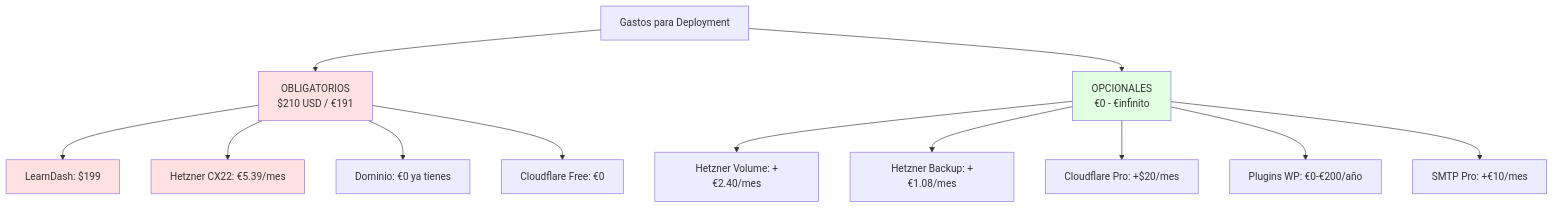
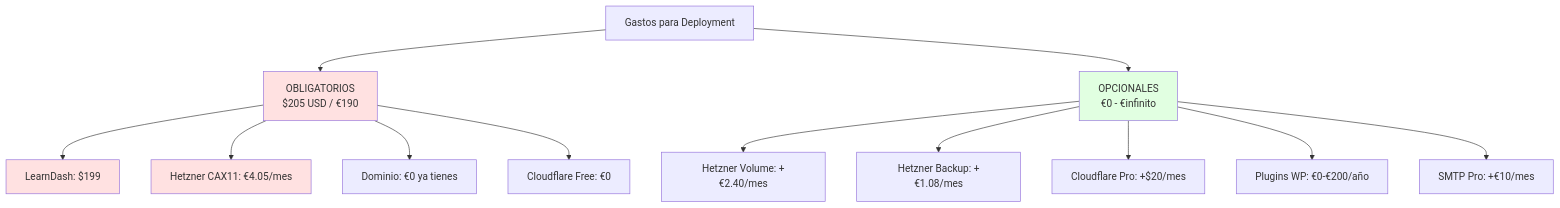
The seventh of 25 diagrams in docs/guides/DEPLOYMENT_GUIDE.md (malpanez/hetzner-secure-infrastructure), drawn with Mermaid before and after one commit. The commit also changed other lines of this file and 38 other files, not shown here.

````diff
--- a/docs/guides/DEPLOYMENT_GUIDE.md
+++ b/docs/guides/DEPLOYMENT_GUIDE.md
@@ -383,21 +383,21 @@
 ```mermaid
 flowchart TD
-    A[Gastos para Deployment] --> B[OBLIGATORIOS<br/>$210 USD / €191]
+    A[Gastos para Deployment] --> B[OBLIGATORIOS<br/>$205 USD / €190]
     A --> C[OPCIONALES<br/>€0 - €infinito]
 
     B --> B1[LearnDash: $199]
-    B --> B2[Hetzner CX22: €5.39/mes]
+    B --> B2[Hetzner CAX11: €4.05/mes]
     B --> B3[Dominio: €0 ya tienes]
     B --> B4[Cloudflare Free: €0]
 
     C --> C1[Hetzner Volume: +€2.40/mes]
     C --> C2[Hetzner Backup: +€1.08/mes]
     C --> C3[Cloudflare Pro: +$20/mes]
     C --> C4[Plugins WP: €0-€200/año]
     C --> C5[SMTP Pro: +€10/mes]
 
     style B fill:#ffe1e1
     style B1 fill:#ffe1e1
     style B2 fill:#ffe1e1
     style C fill:#e1ffe1
 ```
````
